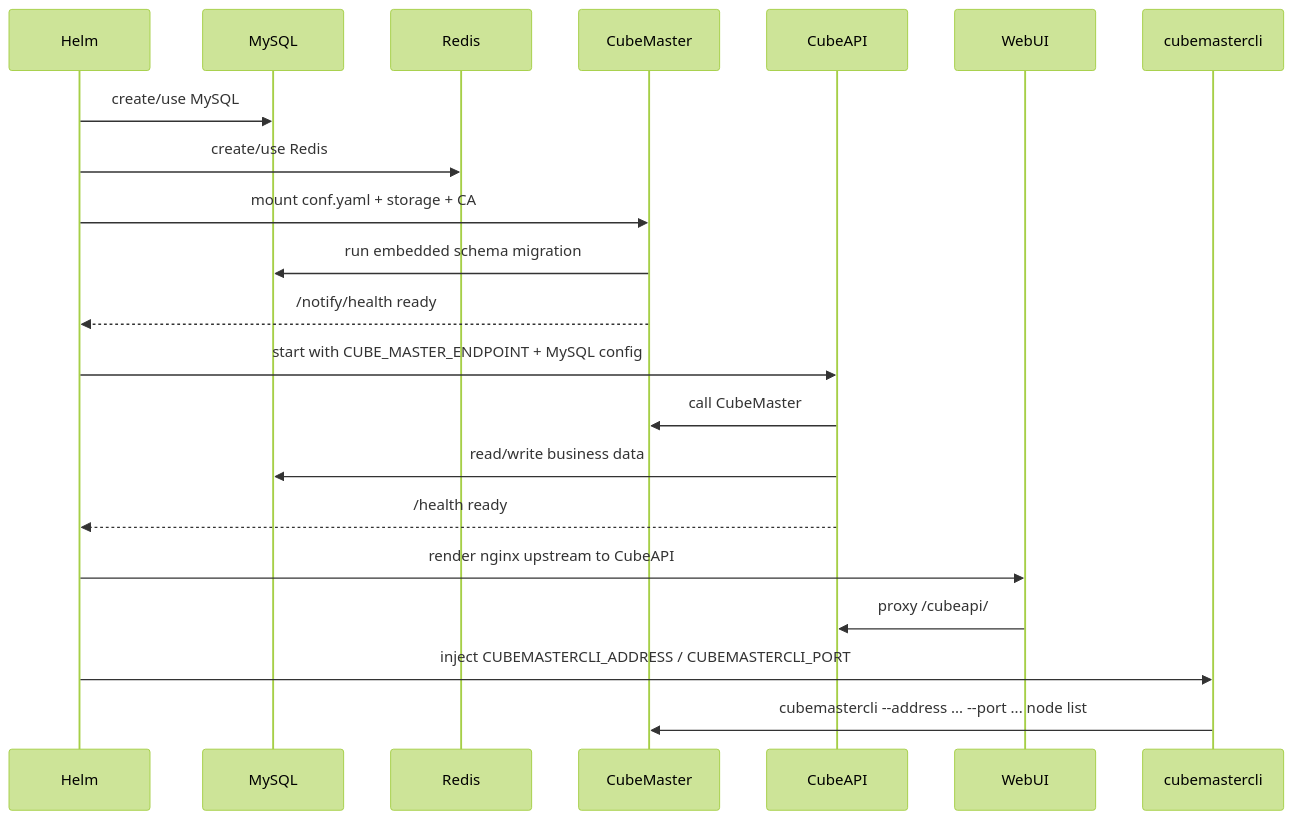
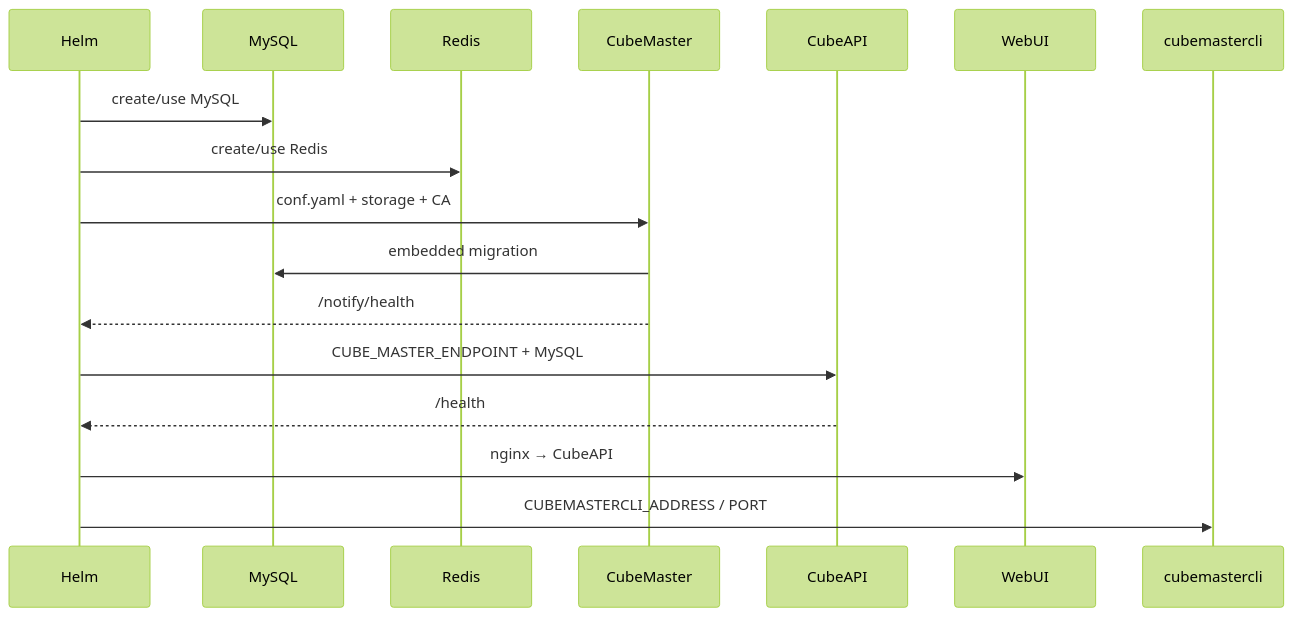
One commit to TencentCloud/CubeSandbox changed the fourth of 9 diagrams in deploy/kubernetes/chart/docs/ARCHITECTURE.md. Above: the diagram before and after it, drawn with Mermaid (forest theme). The commit also changed other lines of this file and 42 other files, not shown here.

First line of the commit message:
feat(kubernetes): split cube-node into bootstrap/installer/node DaemonSets, add per-component images

````diff
--- a/deploy/kubernetes/chart/docs/ARCHITECTURE.md
+++ b/deploy/kubernetes/chart/docs/ARCHITECTURE.md
@@ -203,24 +190,20 @@
 ```mermaid
 sequenceDiagram
   participant H as Helm
   participant DB as MySQL
   participant R as Redis
   participant CM as CubeMaster
   participant API as CubeAPI
   participant WEB as WebUI
   participant CLI as cubemastercli
 
   H->>DB: create/use MySQL
   H->>R: create/use Redis
-  H->>CM: mount conf.yaml + storage + CA
-  CM->>DB: run embedded schema migration
-  CM-->>H: /notify/health ready
-  H->>API: start with CUBE_MASTER_ENDPOINT + MySQL config
-  API->>CM: call CubeMaster
-  API->>DB: read/write business data
-  API-->>H: /health ready
-  H->>WEB: render nginx upstream to CubeAPI
-  WEB->>API: proxy /cubeapi/
-  H->>CLI: inject CUBEMASTERCLI_ADDRESS / CUBEMASTERCLI_PORT
-  CLI->>CM: cubemastercli --address ... --port ... node list
+  H->>CM: conf.yaml + storage + CA
+  CM->>DB: embedded migration
+  CM-->>H: /notify/health
+  H->>API: CUBE_MASTER_ENDPOINT + MySQL
+  API-->>H: /health
+  H->>WEB: nginx → CubeAPI
+  H->>CLI: CUBEMASTERCLI_ADDRESS / PORT
 ```
````
